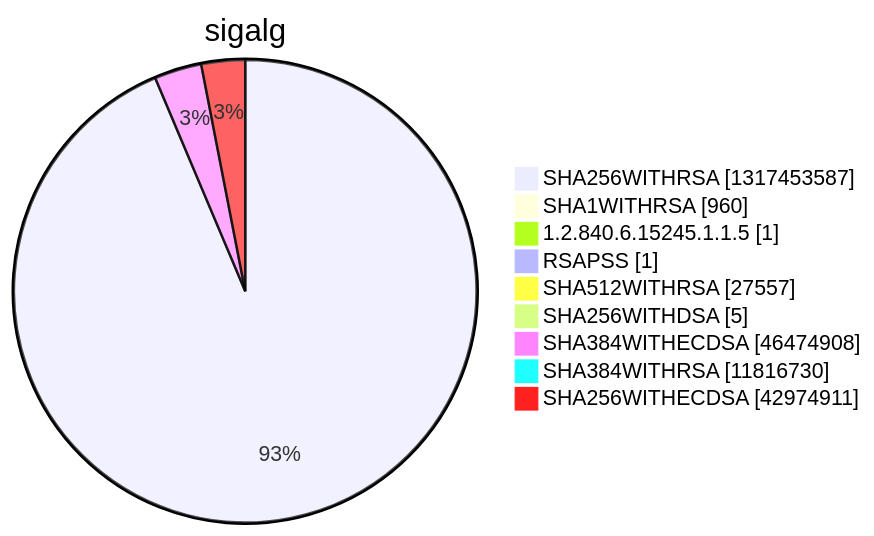
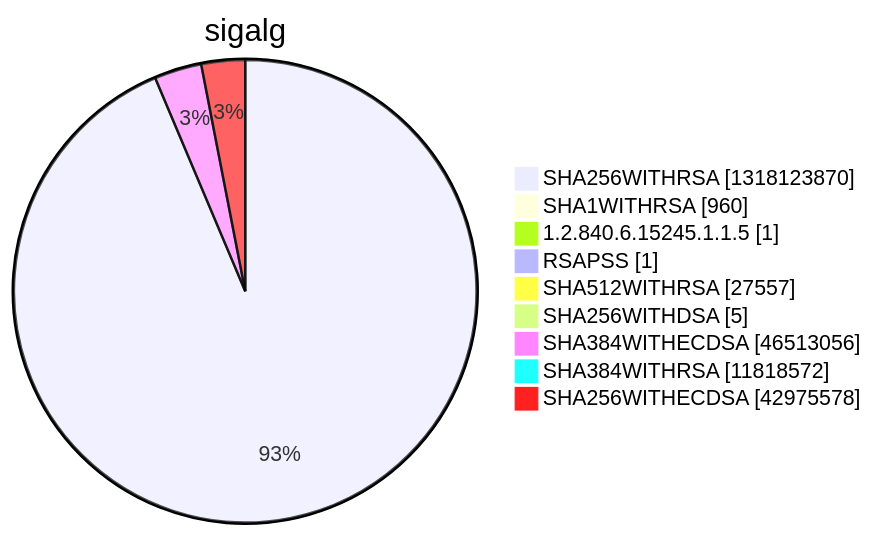
Before and after one commit to christiankrug/ctmonitor_visualization: diagram 15 of 15 in argon2022/README.md, drawn with Mermaid. The commit also changed other lines of this file, not shown here.

````diff
--- a/argon2022/README.md
+++ b/argon2022/README.md
@@ -5524,13 +5524,13 @@
 ```mermaid
 pie showData
 title sigalg
-"SHA256WITHRSA" :1317453587
+"SHA256WITHRSA" :1318123870
 "SHA1WITHRSA" :960
 "1.2.840.6.15245.1.1.5" :1
 "RSAPSS" :1
 "SHA512WITHRSA" :27557
 "SHA256WITHDSA" :5
-"SHA384WITHECDSA" :46474908
-"SHA384WITHRSA" :11816730
-"SHA256WITHECDSA" :42974911
+"SHA384WITHECDSA" :46513056
+"SHA384WITHRSA" :11818572
+"SHA256WITHECDSA" :42975578
 ```
````
